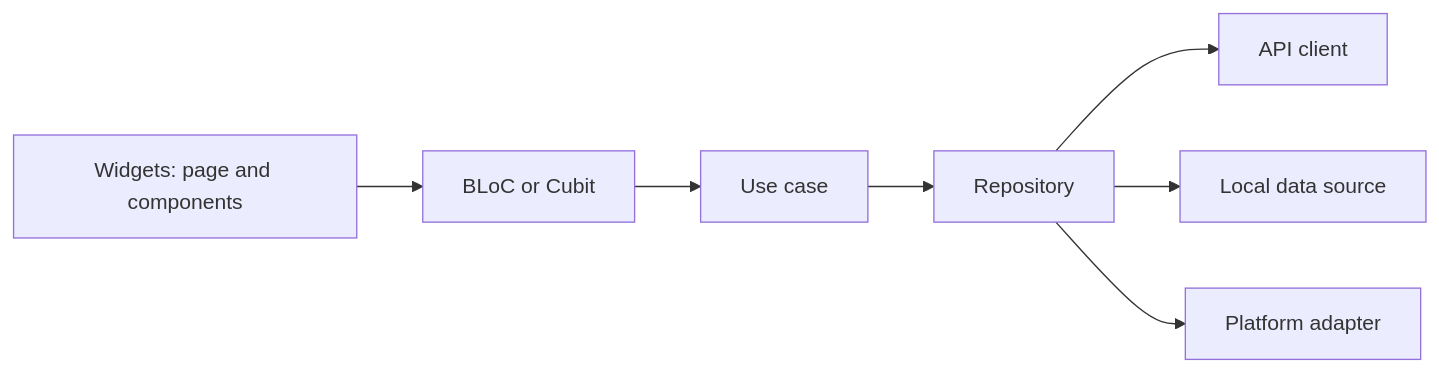
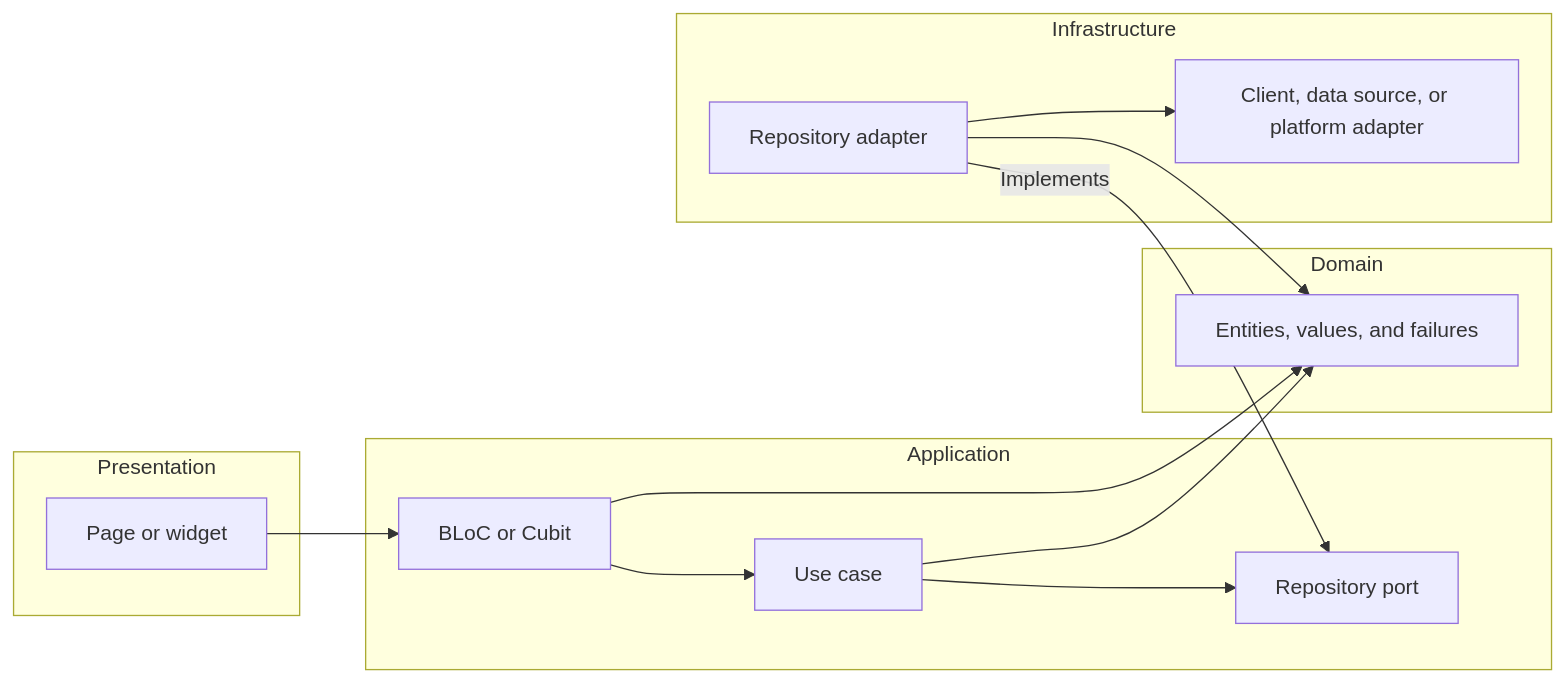
One commit to fam-tung-lam/ptlam-agent-plugin changed the diagram in plugin/skills/ptlam-code-style-flutter/references/architecture.md. Above: the diagram before and after it, drawn with Mermaid. The commit also changed other lines of this file and 42 other files, not shown here.

````diff
--- a/plugin/skills/ptlam-code-style-flutter/references/architecture.md
+++ b/plugin/skills/ptlam-code-style-flutter/references/architecture.md
@@ -5,9 +8,30 @@
 ```mermaid
 flowchart LR
-    Widgets["Widgets: page and components"] --> StateHolder["BLoC or Cubit"]
-    StateHolder --> UseCase["Use case"]
-    UseCase --> Repository["Repository"]
-    Repository --> ApiClient["API client"]
-    Repository --> LocalDataSource["Local data source"]
-    Repository --> PlatformAdapter["Platform adapter"]
+    subgraph PresentationLayer["Presentation"]
+        Widget["Page or widget"]
+    end
+
+    subgraph ApplicationLayer["Application"]
+        StateHolder["BLoC or Cubit"]
+        UseCase["Use case"]
+        RepositoryPort["Repository port"]
+    end
+
+    subgraph DomainLayer["Domain"]
+        DomainTypes["Entities, values, and failures"]
+    end
+
+    subgraph InfrastructureLayer["Infrastructure"]
+        RepositoryAdapter["Repository adapter"]
+        BoundaryAdapter["Client, data source, or platform adapter"]
+    end
+
+    Widget --> StateHolder
+    StateHolder --> UseCase
+    StateHolder --> DomainTypes
+    UseCase --> RepositoryPort
+    UseCase --> DomainTypes
+    RepositoryAdapter -->|"Implements"| RepositoryPort
+    RepositoryAdapter --> DomainTypes
+    RepositoryAdapter --> BoundaryAdapter
 ```
````
